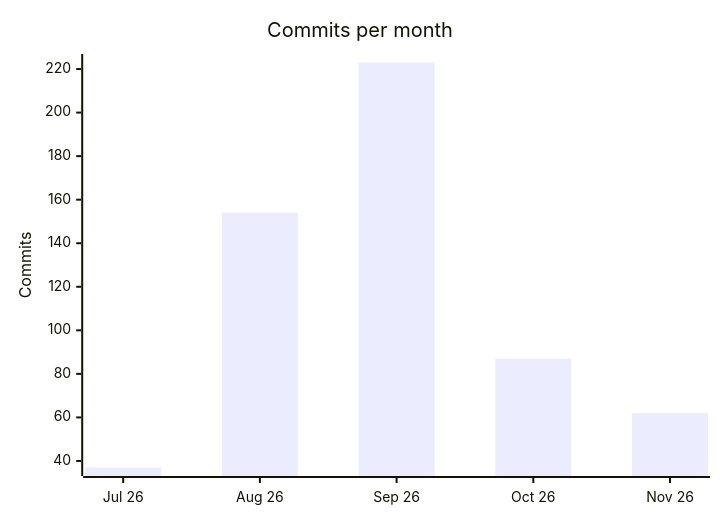
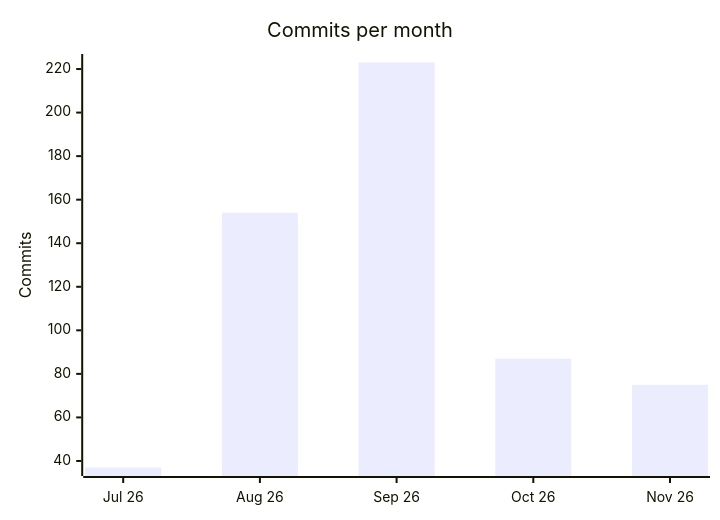
Before and after one commit to PSEMS-CO-FOE/.github: the first of 2 diagrams in profile/README.md, drawn with Mermaid. The commit also changed other lines of this file, not shown here.

````diff
--- a/profile/README.md
+++ b/profile/README.md
@@ -94,7 +94,7 @@
 ```mermaid
 xychart-beta
     title "Commits per month"
     x-axis ["Jul 26", "Aug 26", "Sep 26", "Oct 26", "Nov 26"]
     y-axis "Commits"
-    bar [37, 154, 223, 87, 62]
+    bar [37, 154, 223, 87, 75]
 ```
````
